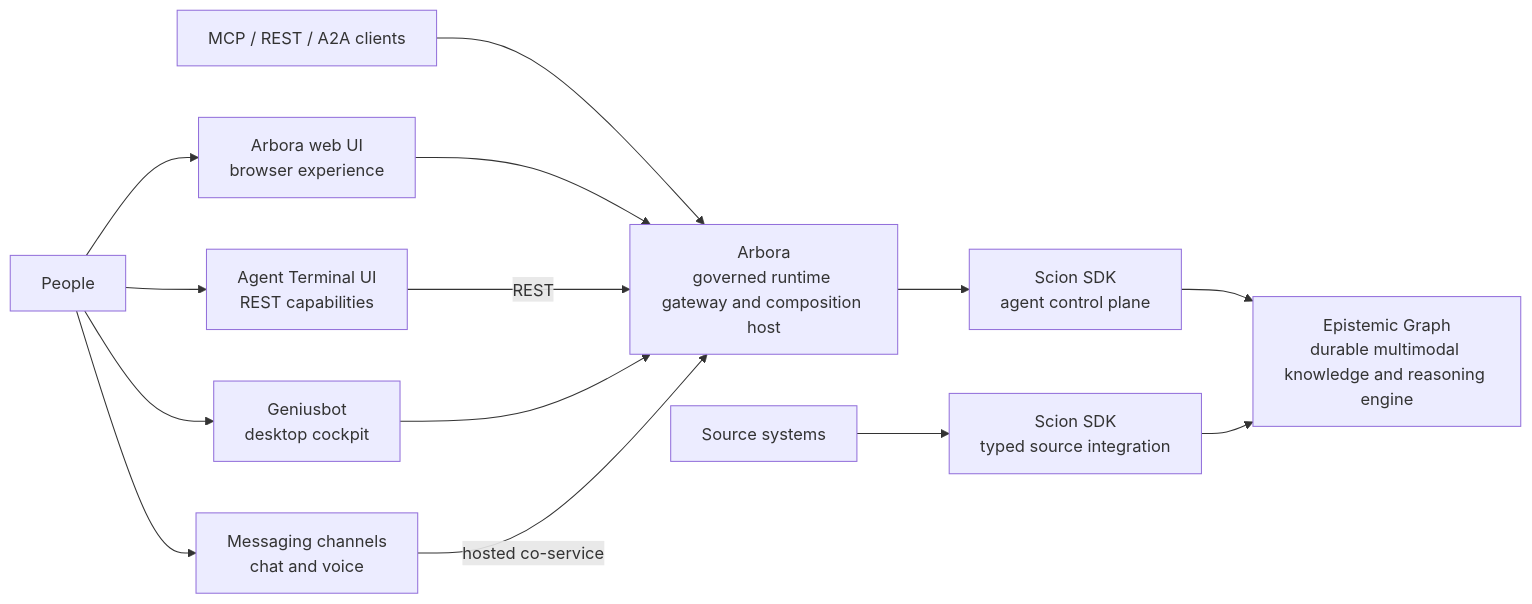
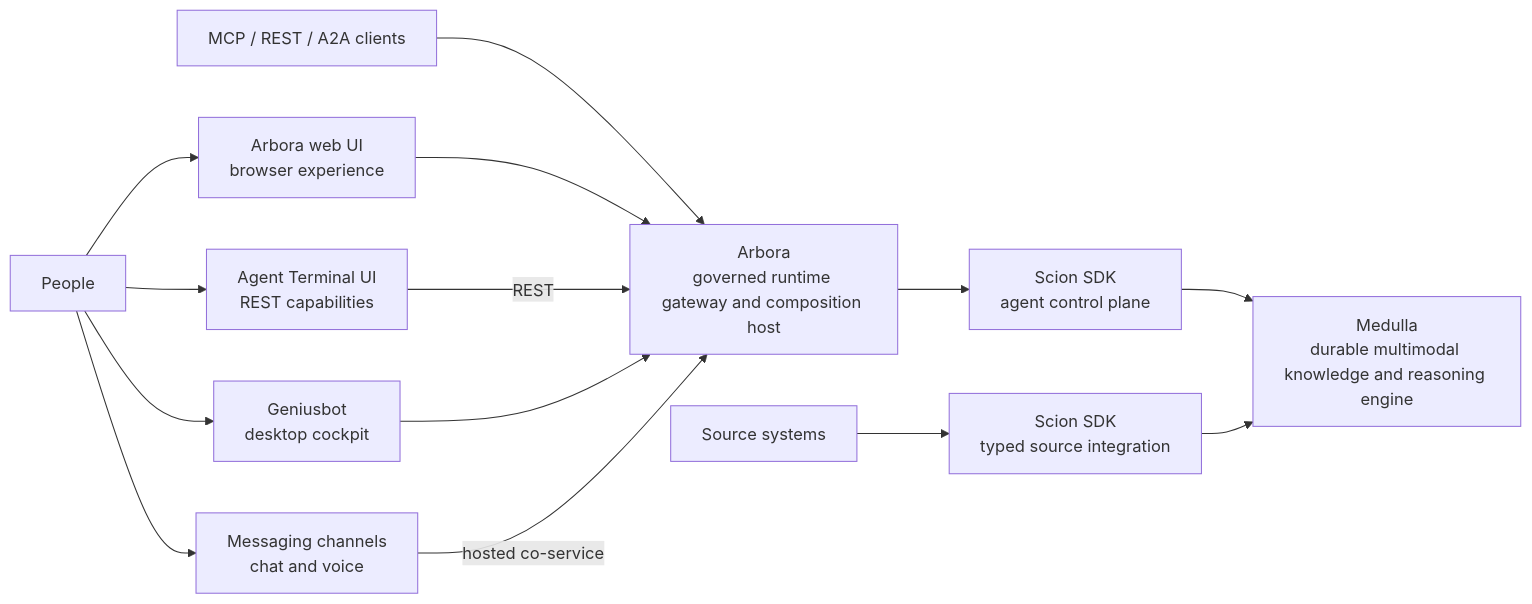
Before and after one commit to Knuckles-Team/craft-suite-api: the diagram in docs/assets/runtime-architecture.mmd, drawn with Mermaid. The commit also changed 14 other files, not shown here.

```diff
--- a/docs/assets/runtime-architecture.mmd
+++ b/docs/assets/runtime-architecture.mmd
@@ -1,26 +1,26 @@
 flowchart LR
   People["People"]
   WebUI["Arbora web UI<br/>browser experience"]
   TUI["Agent Terminal UI<br/>REST capabilities"]
   Genius["Geniusbot<br/>desktop cockpit"]
   Messaging["Messaging channels<br/>chat and voice"]
   Clients["MCP / REST / A2A clients"]
   Arbora["Arbora<br/>governed runtime gateway and composition host"]
   AU["Scion SDK<br/>agent control plane"]
-  EG["Epistemic Graph<br/>durable multimodal knowledge and reasoning engine"]
+  EG["Medulla<br/>durable multimodal knowledge and reasoning engine"]
   Sources["Source systems"]
   SDK["Scion SDK<br/>typed source integration"]
 
   People --> WebUI
   People --> TUI
   People --> Genius
   People --> Messaging
   Clients --> Arbora
   WebUI --> Arbora
   TUI -->|REST| Arbora
   Genius --> Arbora
   Messaging -->|hosted co-service| Arbora
   Arbora --> AU
   AU --> EG
   Sources --> SDK
   SDK --> EG
```
